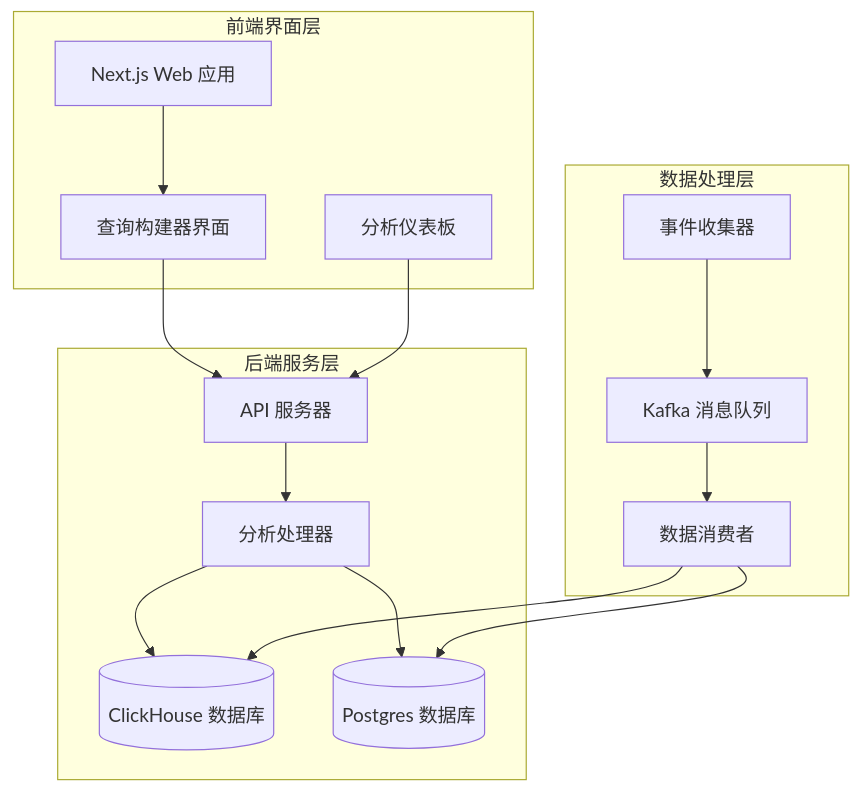
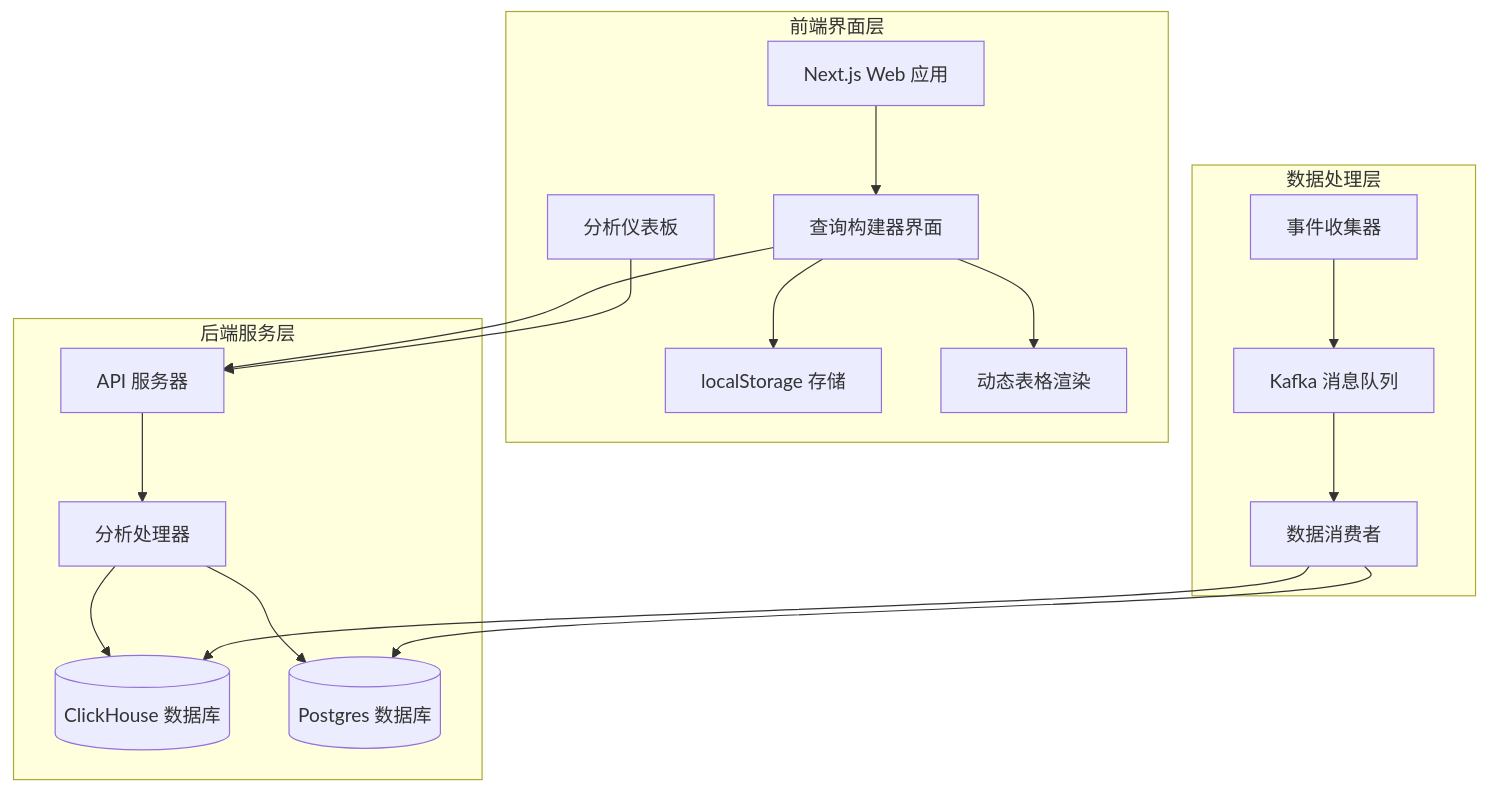
The first of 6 diagrams in .qoder/repowiki/zh/content/Web控制台/查询构建器.md (zhen-zhong/AeroLog), drawn with Mermaid before and after one commit. The commit also changed other lines of this file and 97 other files, not shown here.

````diff
--- a/.qoder/repowiki/zh/content/Web控制台/查询构建器.md
+++ b/.qoder/repowiki/zh/content/Web控制台/查询构建器.md
@@ -34,29 +46,33 @@
 ```mermaid
 graph TB
 subgraph "前端界面层"
 WebUI[Next.js Web 应用]
 QueryBuilder[查询构建器界面]
 AnalyticsUI[分析仪表板]
+LocalStorage[localStorage 存储]
+DynamicTable[动态表格渲染]
 end
 subgraph "后端服务层"
 API[API 服务器]
 AnalyticsHandler[分析处理器]
 ClickHouse[(ClickHouse 数据库)]
 Postgres[(Postgres 数据库)]
 end
 subgraph "数据处理层"
 Collector[事件收集器]
 Consumer[数据消费者]
 Kafka[Kafka 消息队列]
 end
 WebUI --> QueryBuilder
+QueryBuilder --> LocalStorage
+QueryBuilder --> DynamicTable
 QueryBuilder --> API
 AnalyticsUI --> API
 API --> AnalyticsHandler
 AnalyticsHandler --> ClickHouse
 AnalyticsHandler --> Postgres
 Collector --> Kafka
 Kafka --> Consumer
 Consumer --> ClickHouse
 Consumer --> Postgres
 ```
````
